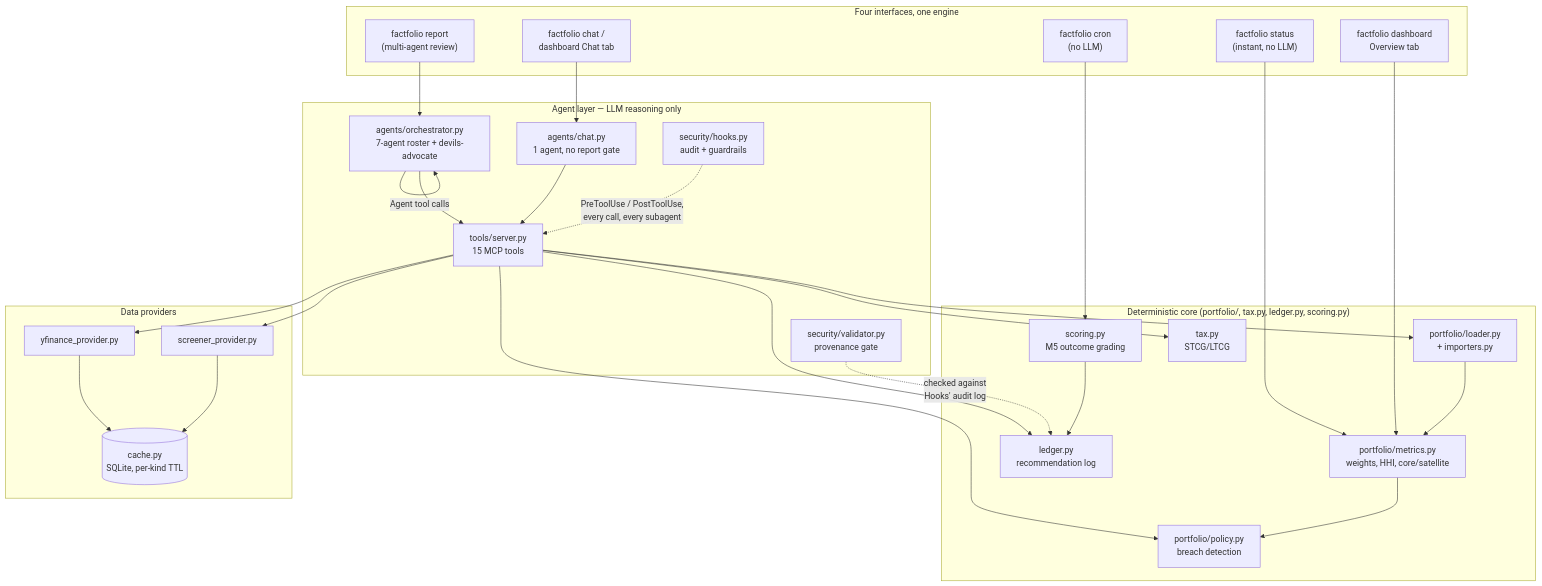
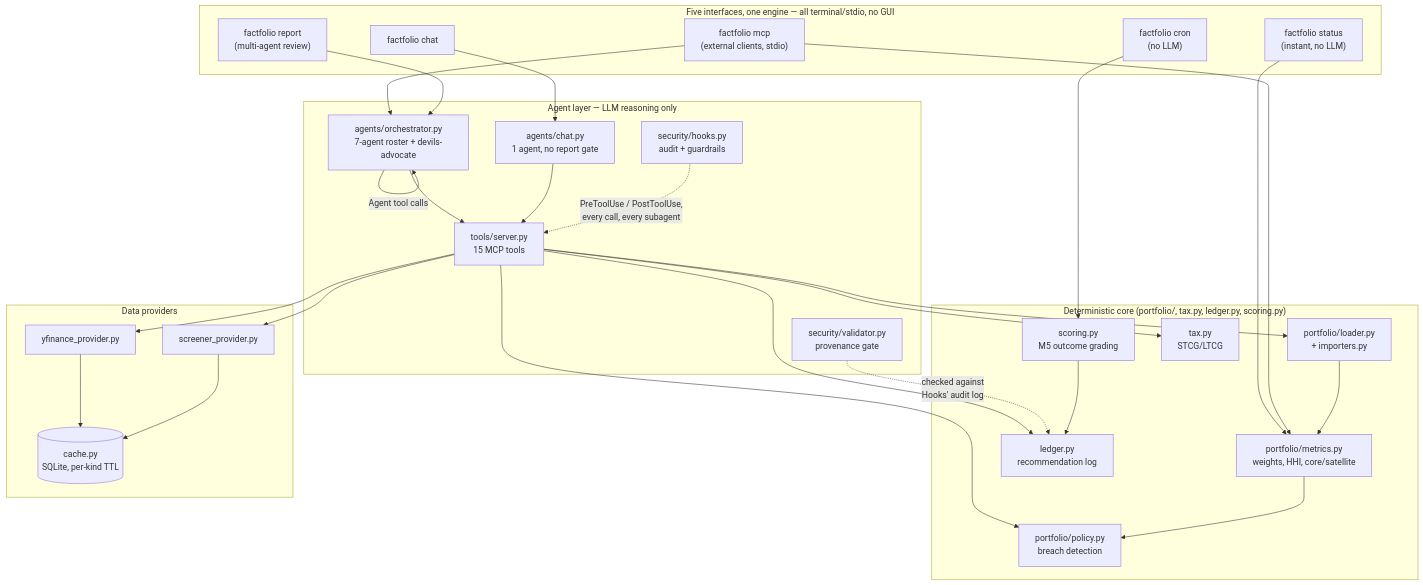
The first of 5 diagrams in docs/ARCHITECTURE.md (pankajads/factfolio), drawn with Mermaid before and after one commit. The commit also changed other lines of this file and 20 other files, not shown here.

````diff
--- a/docs/ARCHITECTURE.md
+++ b/docs/ARCHITECTURE.md
@@ -25,58 +25,59 @@
 ```mermaid
 flowchart TB
-    subgraph Interfaces["Four interfaces, one engine"]
+    subgraph Interfaces["Five interfaces, one engine — all terminal/stdio, no GUI"]
         CLI["factfolio status\n(instant, no LLM)"]
         Report["factfolio report\n(multi-agent review)"]
-        Chat["factfolio chat /\ndashboard Chat tab"]
+        Chat["factfolio chat"]
         Cron["factfolio cron\n(no LLM)"]
-        Dash["factfolio dashboard\nOverview tab"]
+        Mcp["factfolio mcp\n(external clients, stdio)"]
     end
 
     subgraph Engine["Deterministic core (portfolio/, tax.py, ledger.py, scoring.py)"]
         Loader["portfolio/loader.py\n+ importers.py"]
         Metrics["portfolio/metrics.py\nweights, HHI, core/satellite"]
         Policy["portfolio/policy.py\nbreach detection"]
         Tax["tax.py\nSTCG/LTCG"]
         Ledger["ledger.py\nrecommendation log"]
         Scoring["scoring.py\nM5 outcome grading"]
     end
 
     subgraph Agentic["Agent layer — LLM reasoning only"]
         Orchestrator["agents/orchestrator.py\n7-agent roster + devils-advocate"]
         ChatEngine["agents/chat.py\n1 agent, no report gate"]
         Tools["tools/server.py\n15 MCP tools"]
         Validator["security/validator.py\nprovenance gate"]
         Hooks["security/hooks.py\naudit + guardrails"]
     end
 
     subgraph Data["Data providers"]
         YF["yfinance_provider.py"]
         Screener["screener_provider.py"]
         Cache[("cache.py\nSQLite, per-kind TTL")]
     end
 
     CLI --> Metrics
-    Dash --> Metrics
+    Mcp --> Metrics
+    Mcp --> Orchestrator
     Report --> Orchestrator
     Chat --> ChatEngine
     Cron --> Scoring
 
     Orchestrator -- "Agent tool calls" --> Orchestrator
     Orchestrator --> Tools
     ChatEngine --> Tools
     Tools --> Loader
     Tools --> Policy
     Tools --> Tax
     Tools --> Ledger
     Tools --> YF
     Tools --> Screener
     YF --> Cache
     Screener --> Cache
 
     Hooks -. "PreToolUse / PostToolUse,\nevery call, every subagent" .-> Tools
     Validator -. "checked against\nHooks' audit log" .-> Ledger
 
     Loader --> Metrics
     Metrics --> Policy
     Scoring --> Ledger
 ```
````
